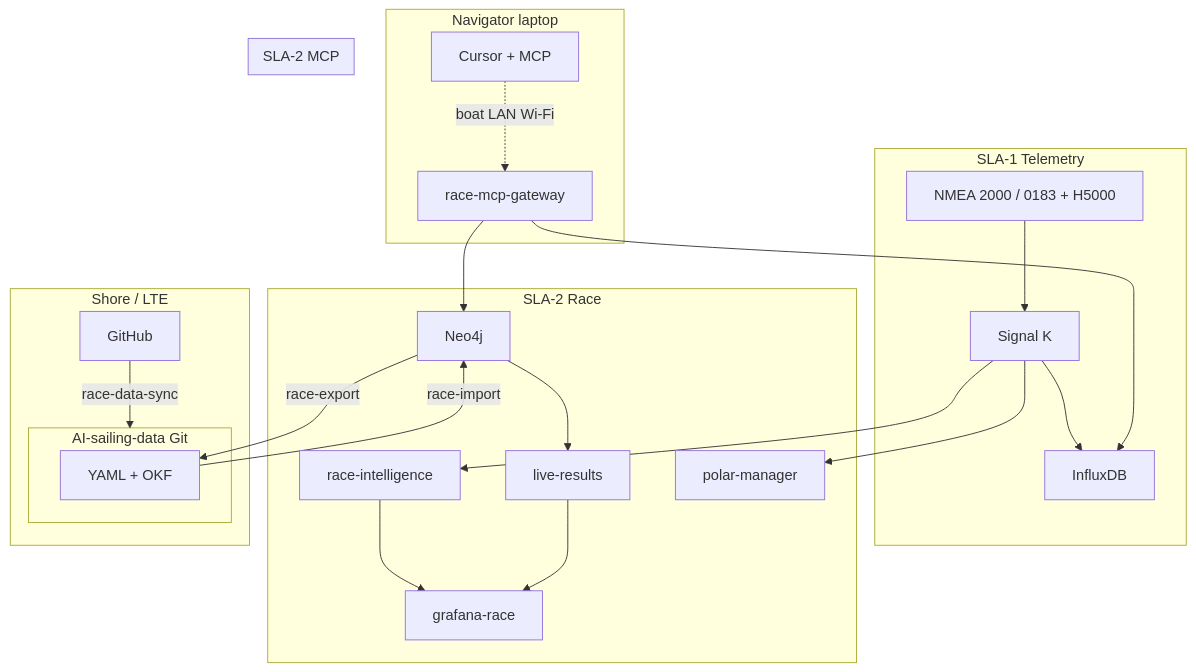
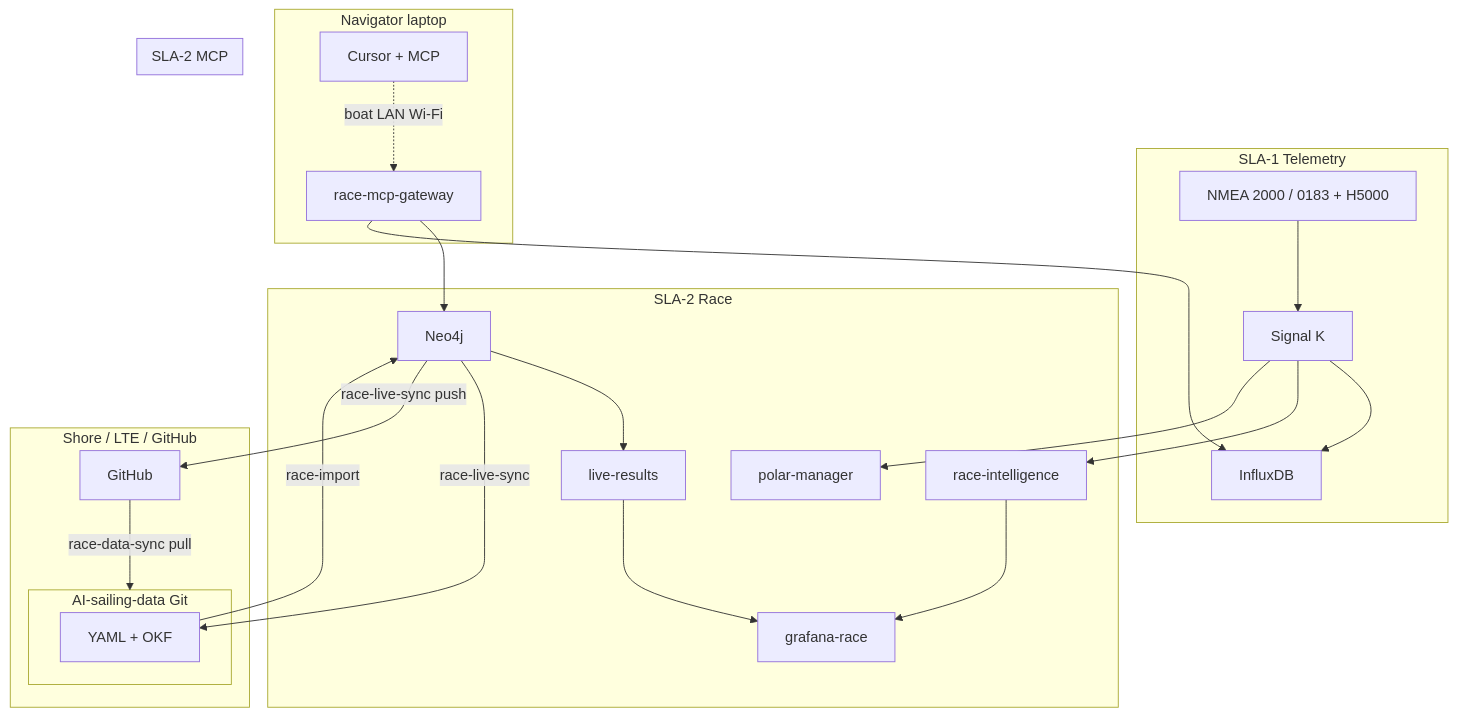
Before and after one commit to cognite-fholm/AI-sailing-system: the first of 3 diagrams in docs/ARCHITECTURE.md, drawn with Mermaid. The commit also changed other lines of this file and 31 other files, not shown here.

First line of the commit message:
feat: race live sync, lifecycle, and zero Pi config (ADR-0025-0027)

````diff
--- a/docs/ARCHITECTURE.md
+++ b/docs/ARCHITECTURE.md
@@ -35,44 +35,45 @@
 ```mermaid
 flowchart TB
   subgraph sla1 [SLA-1 Telemetry]
     N2K[NMEA 2000 / 0183 + H5000]
     SK[Signal K]
     IFX[InfluxDB]
     N2K --> SK --> IFX
   end
 
   subgraph sla2 [SLA-2 Race]
     NEO[Neo4j]
     RI[race-intelligence]
     LR[live-results]
     PM[polar-manager]
     GF[grafana-race]
     SK --> RI
     SK --> PM
     RI --> GF
     LR --> GF
     NEO --> LR
   end
 
   subgraph data [AI-sailing-data Git]
     YAML[YAML + OKF]
     YAML -->|race-import| NEO
-    NEO -->|race-export| YAML
+    NEO -->|race-live-sync| YAML
   end
 
-  subgraph shore [Shore / LTE]
+  subgraph shore [Shore / LTE / GitHub]
     GIT[GitHub]
-    GIT -->|race-data-sync| data
+    GIT -->|race-data-sync pull| data
+    NEO -->|race-live-sync push| GIT
   end
 
   subgraph laptop [Navigator laptop]
     CUR[Cursor + MCP]
     CUR -.->|boat LAN Wi‑Fi| GW
   end
 
   subgraph mcp [SLA-2 MCP]
     GW[race-mcp-gateway]
     GW --> NEO
     GW --> IFX
   end
 ```
````
